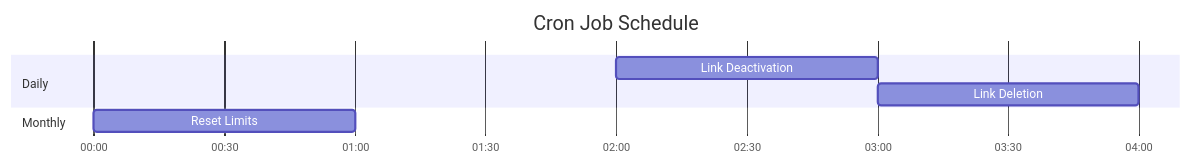
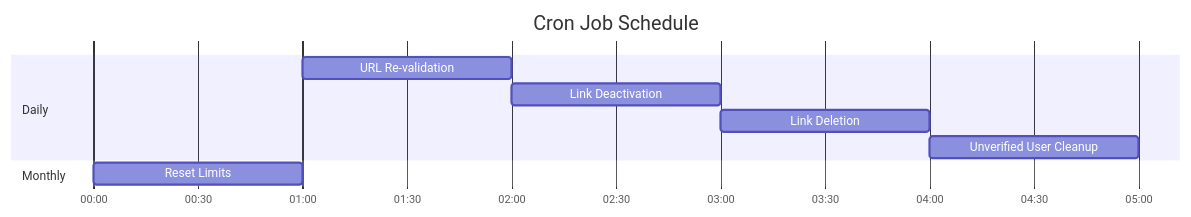
The ninth of 9 diagrams in docs/ARCHITECTURE.md (rayhandestian/uper-li), drawn with Mermaid before and after one commit. The commit also changed other lines of this file and 1 other file, not shown here.

First line of the commit message:
docs: update architecture docs with new database models and admin features

````diff
--- a/docs/ARCHITECTURE.md
+++ b/docs/ARCHITECTURE.md
@@ -1005,13 +1232,15 @@
 ```mermaid
 gantt
     title Cron Job Schedule
     dateFormat HH:mm
     axisFormat %H:%M
     
     section Daily
+    URL Re-validation :cron0, 01:00, 1h
     Link Deactivation :cron1, 02:00, 1h
     Link Deletion :cron2, 03:00, 1h
+    Unverified User Cleanup :cron3, 04:00, 1h
     
     section Monthly
-    Reset Limits :cron3, 00:00, 1h
+    Reset Limits :cron4, 00:00, 1h
 ```
````
